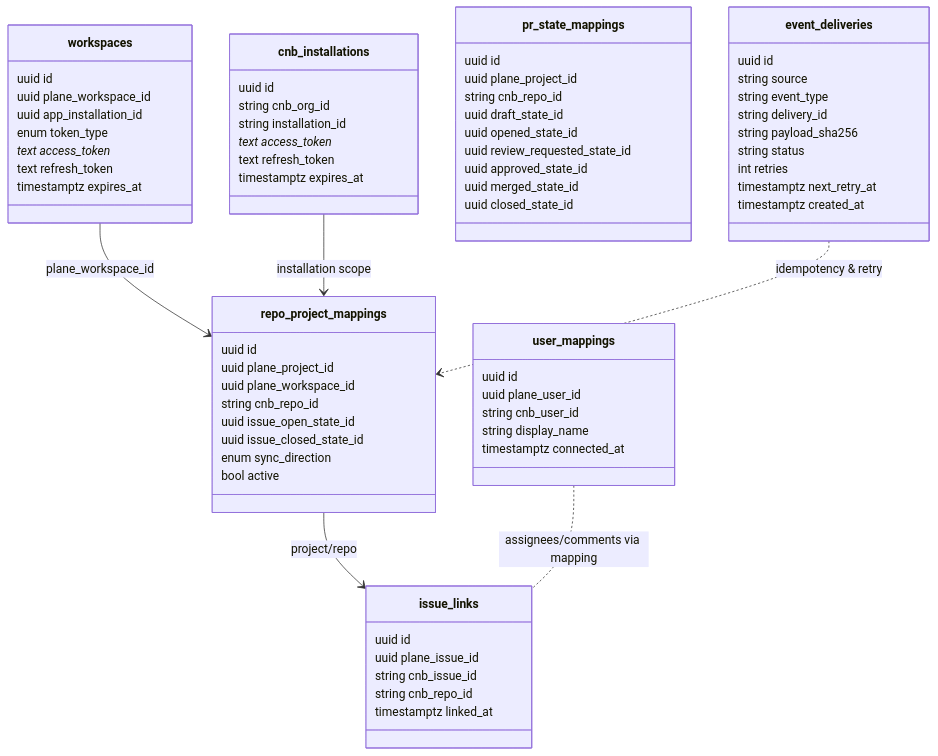
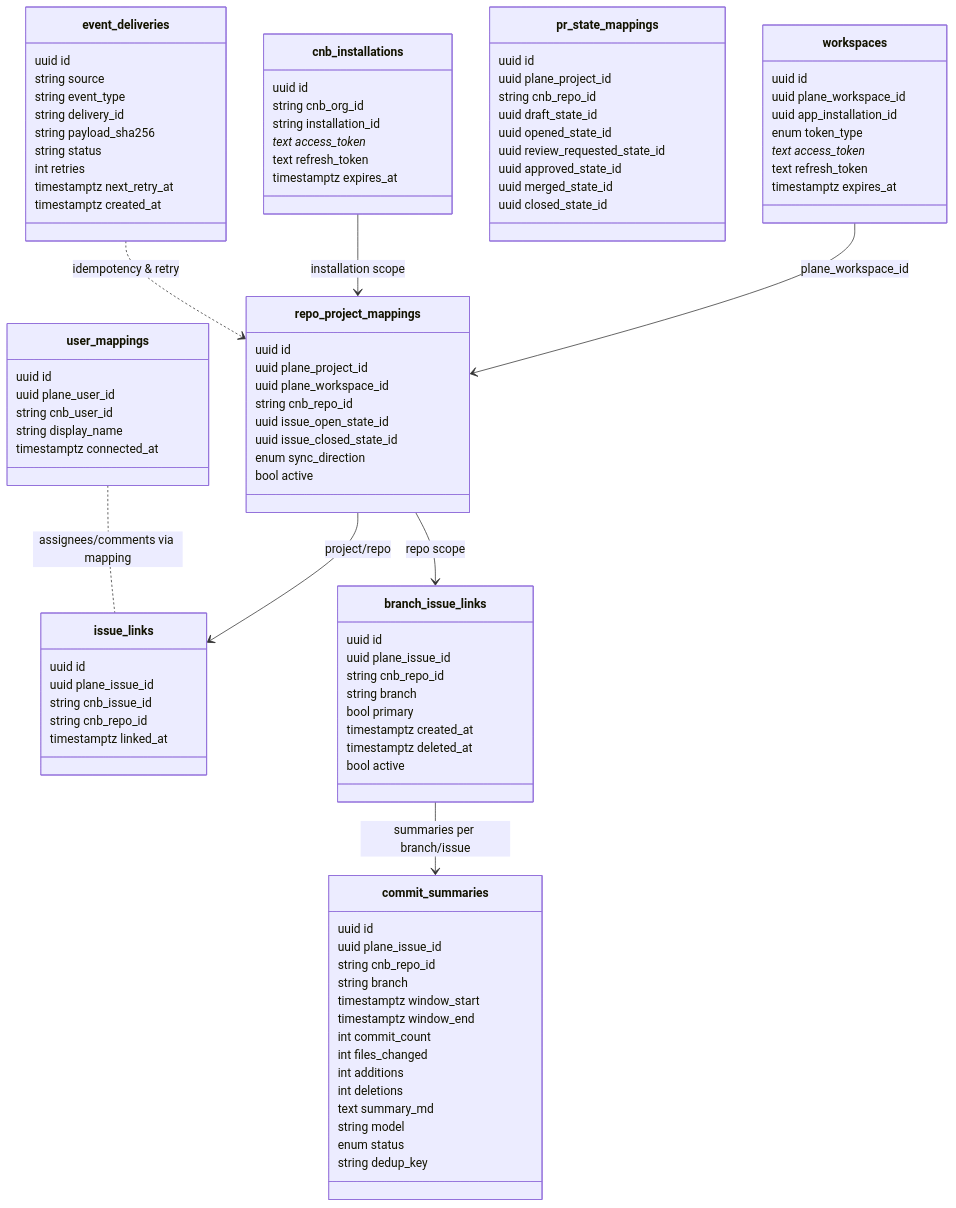
Before and after one commit to CheneyDev/Cabb: the second of 5 diagrams in design/cnb-integration.md, drawn with Mermaid. The commit also changed other lines of this file, not shown here.

````diff
--- a/design/cnb-integration.md
+++ b/design/cnb-integration.md
@@ -120,10 +113,38 @@
     timestamptz next_retry_at
     timestamptz created_at
   }
+  class branch_issue_links {
+    uuid id
+    uuid plane_issue_id
+    string cnb_repo_id
+    string branch
+    bool primary
+    timestamptz created_at
+    timestamptz deleted_at
+    bool active
+  }
+  class commit_summaries {
+    uuid id
+    uuid plane_issue_id
+    string cnb_repo_id
+    string branch
+    timestamptz window_start
+    timestamptz window_end
+    int commit_count
+    int files_changed
+    int additions
+    int deletions
+    text summary_md
+    string model
+    enum status
+    string dedup_key
+  }
 
   workspaces --> repo_project_mappings : plane_workspace_id
   repo_project_mappings --> issue_links : project/repo
   cnb_installations --> repo_project_mappings : installation scope
   user_mappings .. issue_links : assignees/comments via mapping
   event_deliveries ..> repo_project_mappings : idempotency & retry
+  repo_project_mappings --> branch_issue_links : repo scope
+  branch_issue_links --> commit_summaries : summaries per branch/issue
 ```
````
